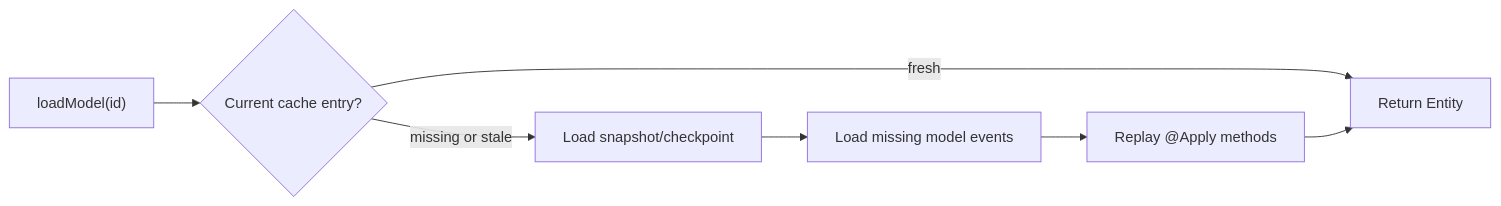
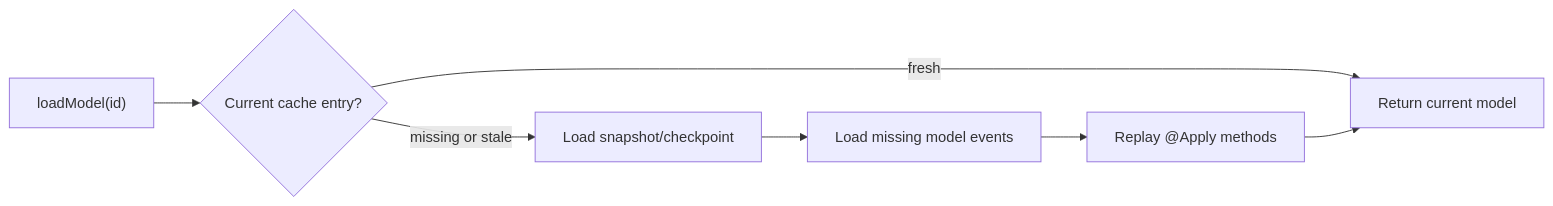
One commit to fluxzero-io/fluxzero-sdk-java changed the diagram in docs/developer/guides/Modeling & persistence/170-entity-loading.mdx. Above: the diagram before and after it, drawn with Mermaid. The commit also changed other lines of this file and 35 other files, not shown here.

````diff
--- a/docs/developer/guides/Modeling & persistence/170-entity-loading.mdx
+++ b/docs/developer/guides/Modeling & persistence/170-entity-loading.mdx
@@ -89,9 +101,9 @@
 ```mermaid
 flowchart LR
     LOAD["loadModel(id)"] --> CACHE{"Current cache entry?"}
-    CACHE -->|fresh| RETURN["Return Entity"]
+    CACHE -->|fresh| RETURN["Return current model"]
     CACHE -->|missing or stale| SNAPSHOT["Load snapshot/checkpoint"]
     SNAPSHOT --> EVENTS["Load missing model events"]
     EVENTS --> APPLY["Replay @Apply methods"]
     APPLY --> RETURN
 ```
````
